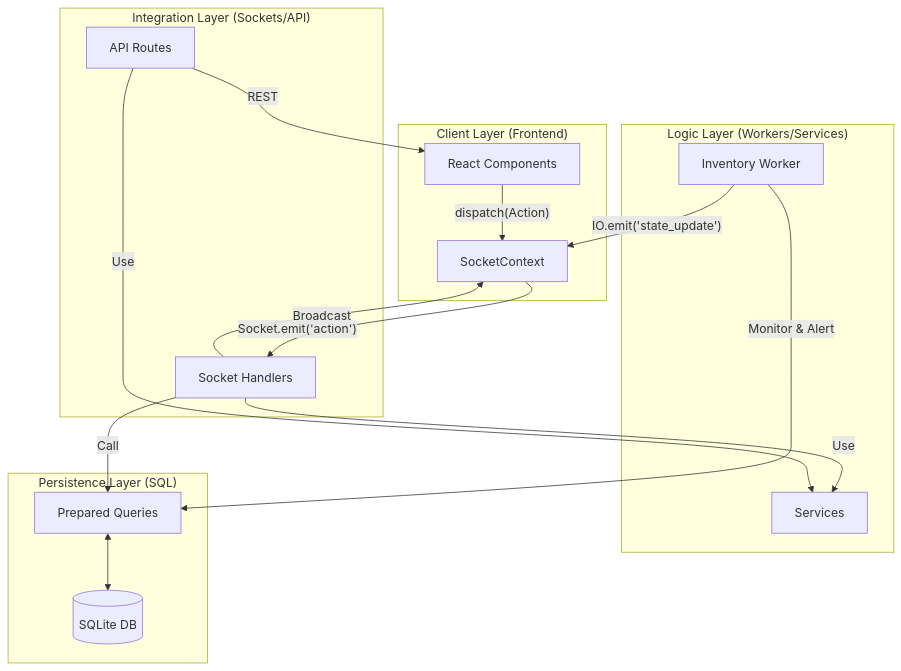
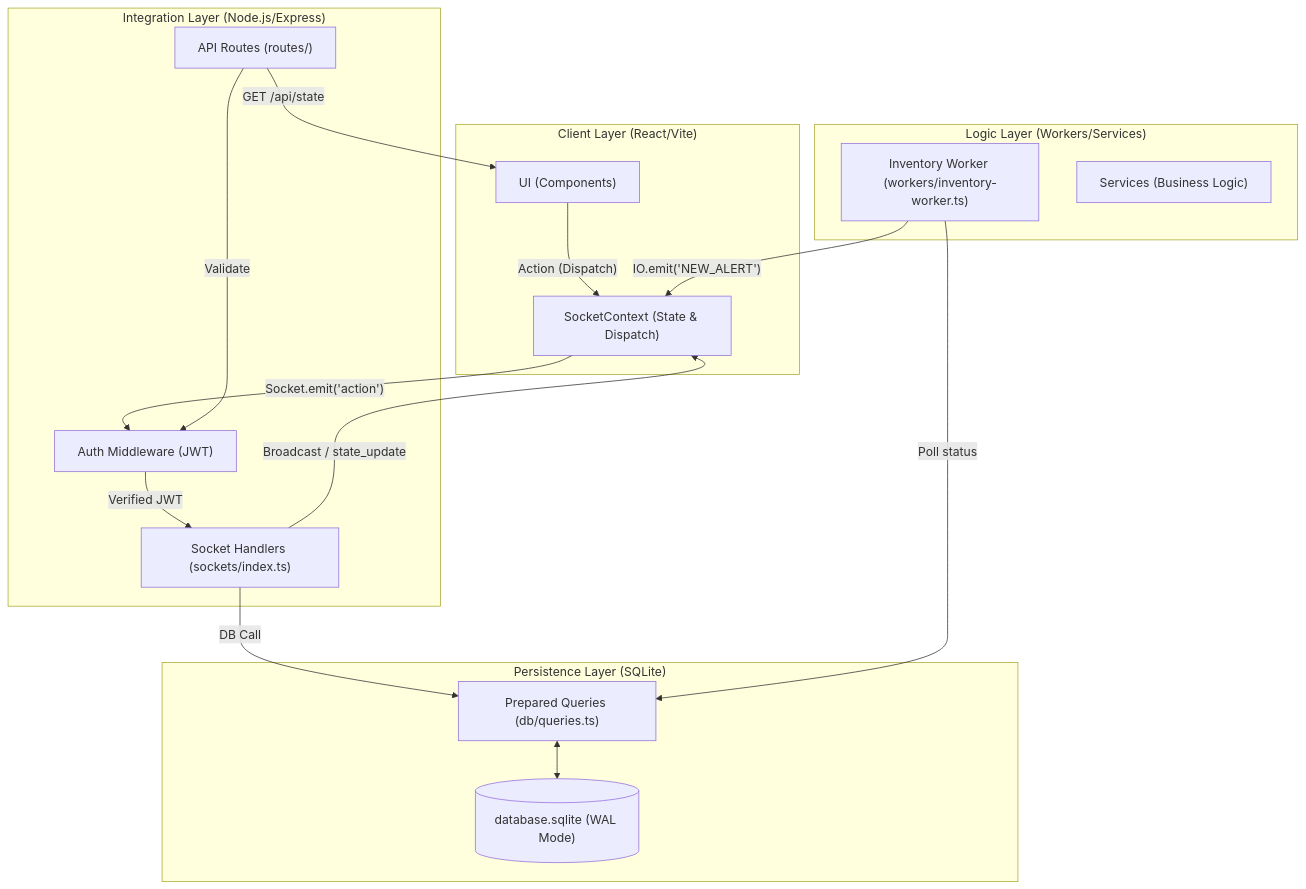
Before and after one commit to holts073/yms-project: the diagram in ARCHITECTUUR.md, drawn with Mermaid. The commit also changed other lines of this file and 22 other files, not shown here.

Commit message:
feat: Implement dark mode theming, add database inspection utility, and update documentation.

````diff
--- a/ARCHITECTUUR.md
+++ b/ARCHITECTUUR.md
@@ -30,29 +38,39 @@
 ```mermaid
 graph TD
-    subgraph "Client Layer (Frontend)"
-        UI[React Components]
-        SC[SocketContext]
+    subgraph "Client Layer (React/Vite)"
+        UI["UI (Components)"]
+        SC["SocketContext (State & Dispatch)"]
     end
-    subgraph "Integration Layer (Sockets/API)"
-        SH[Socket Handlers]
-        RT[API Routes]
+
+    subgraph "Integration Layer (Node.js/Express)"
+        SH["Socket Handlers (sockets/index.ts)"]
+        RT["API Routes (routes/)"]
+        MW["Auth Middleware (JWT)"]
     end
+
     subgraph "Logic Layer (Workers/Services)"
-        BW[Inventory Worker]
-        SV[Services]
+        BW["Inventory Worker (workers/inventory-worker.ts)"]
+        SV["Services (Business Logic)"]
     end
-    subgraph "Persistence Layer (SQL)"
-        QU[Prepared Queries]
-        DB[(SQLite DB)]
+
+    subgraph "Persistence Layer (SQLite)"
+        QU["Prepared Queries (db/queries.ts)"]
+        DB[("database.sqlite (WAL Mode)")]
     end
-    UI -- "dispatch(Action)" --> SC
-    SC -- "Socket.emit('action')" --> SH
-    SH -- "Call" --> QU
-    SH -- "Broadcast" --> SC
-    BW -- "Monitor & Alert" --> QU
-    BW -- "IO.emit('state_update')" --> SC
+
+    %% Data Flow
+    UI -- "Action (Dispatch)" --> SC
+    SC -- "Socket.emit('action')" --> MW
+    MW -- "Verified JWT" --> SH
+    SH -- "DB Call" --> QU
     QU <--> DB
-    RT -- "REST" --> UI
-    SH -- "Use" --> SV
-    RT -- "Use" --> SV
+    SH -- "Broadcast / state_update" --> SC
+    
+    %% Background Work
+    BW -- "Poll status" --> QU
+    BW -- "IO.emit('NEW_ALERT')" --> SC
+    
+    %% REST fallback/initial
+    RT -- "GET /api/state" --> UI
+    RT -- "Validate" --> MW
 ```
````
